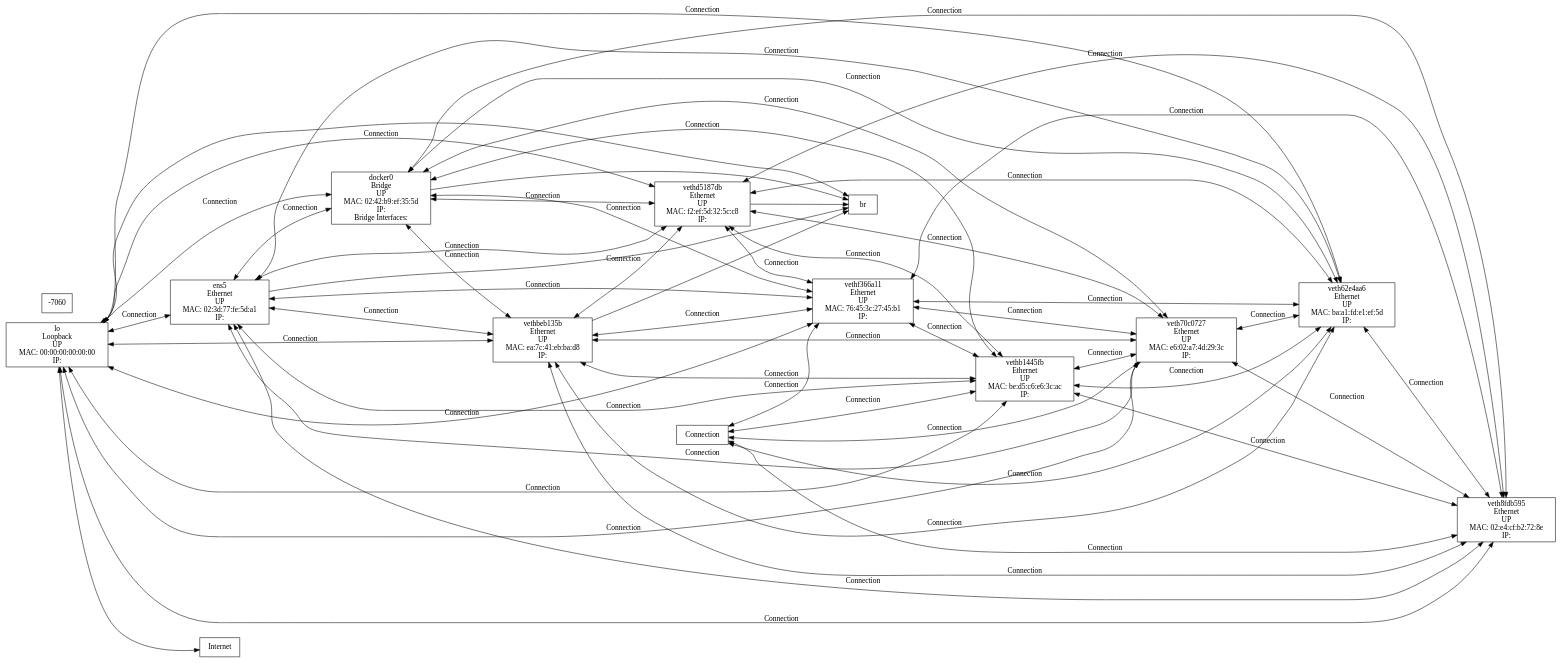
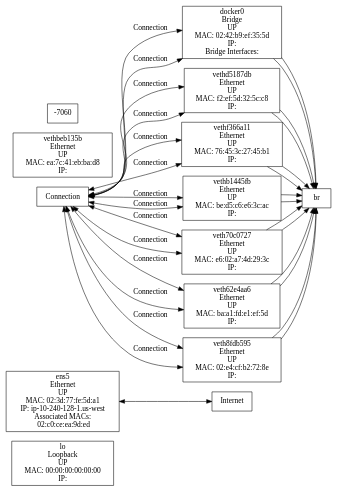
The diagram in network_topology.dot (ohhmm/_), drawn with Graphviz before and after one commit. The commit also changed 1 other file, not shown here.

```diff
--- a/network_topology.dot
+++ b/network_topology.dot
@@ -1,77 +1,50 @@
 digraph network_topology {
     rankdir=LR;
     node [shape=box];
 
     lo [label="lo\nLoopback\nUP\nMAC: 00:00:00:00:00:00\nIP: "];
-    ens5 [label="ens5\nEthernet\nUP\nMAC: 02:3d:77:fe:5d:a1\nIP: "];
+    ens5 [label="ens5\nEthernet\nUP\nMAC: 02:3d:77:fe:5d:a1\nIP: ip-10-240-128-1.us-west\nAssociated MACs:\n  02:c0:ce:ea:9d:ed"];
     docker0 [label="docker0\nBridge\nUP\nMAC: 02:42:b9:ef:35:5d\nIP: \nBridge Interfaces:"];
     vethbeb135b [label="vethbeb135b\nEthernet\nUP\nMAC: ea:7c:41:eb:ba:d8\nIP: "];
     vethd5187db [label="vethd5187db\nEthernet\nUP\nMAC: f2:ef:5d:32:5c:c8\nIP: "];
     br-7060b668b2aa [label="br-7060b668b2aa\nBridge\nUP\nMAC: 02:42:d0:16:f9:30\nIP: \nBridge Interfaces:\n  veth62e4aa6\n  veth70c0727\n  veth8fdb595\n  vethb1445fb\n  vethf366a11\n  docker0\n  vethd5187db"];
     vethf366a11 [label="vethf366a11\nEthernet\nUP\nMAC: 76:45:3c:27:45:b1\nIP: "];
     vethb1445fb [label="vethb1445fb\nEthernet\nUP\nMAC: be:d5:c6:e6:3c:ac\nIP: "];
     veth70c0727 [label="veth70c0727\nEthernet\nUP\nMAC: e6:02:a7:4d:29:3c\nIP: "];
     veth62e4aa6 [label="veth62e4aa6\nEthernet\nUP\nMAC: ba:a1:fd:e1:ef:5d\nIP: "];
     veth8fdb595 [label="veth8fdb595\nEthernet\nUP\nMAC: 02:e4:cf:b2:72:8e\nIP: "];
 
     // Connections
-    lo -> ens5 [dir=both, label="Connection"];
-    lo -> docker0 [dir=both, label="Connection"];
-    lo -> vethbeb135b [dir=both, label="Connection"];
-    lo -> vethd5187db [dir=both, label="Connection"];
-    lo -> br-7060b668b2aa [dir=both, label="Connection"];
-    lo -> vethf366a11 [dir=both, label="Connection"];
-    lo -> vethb1445fb [dir=both, label="Connection"];
-    lo -> veth70c0727 [dir=both, label="Connection"];
-    lo -> veth62e4aa6 [dir=both, label="Connection"];
-    lo -> veth8fdb595 [dir=both, label="Connection"];
-    ens5 -> docker0 [dir=both, label="Connection"];
-    ens5 -> vethbeb135b [dir=both, label="Connection"];
-    ens5 -> vethd5187db [dir=both, label="Connection"];
-    ens5 -> br-7060b668b2aa [dir=both, label="Connection"];
-    ens5 -> vethf366a11 [dir=both, label="Connection"];
-    ens5 -> vethb1445fb [dir=both, label="Connection"];
-    ens5 -> veth70c0727 [dir=both, label="Connection"];
-    ens5 -> veth62e4aa6 [dir=both, label="Connection"];
-    ens5 -> veth8fdb595 [dir=both, label="Connection"];
-    docker0 -> vethbeb135b [dir=both, label="Connection"];
-    docker0 -> vethd5187db [dir=both, label="Connection"];
     docker0 -> br-7060b668b2aa [dir=both, label="Connection"];
-    docker0 -> vethf366a11 [dir=both, label="Connection"];
-    docker0 -> vethb1445fb [dir=both, label="Connection"];
-    docker0 -> veth70c0727 [dir=both, label="Connection"];
-    docker0 -> veth62e4aa6 [dir=both, label="Connection"];
-    docker0 -> veth8fdb595 [dir=both, label="Connection"];
-    vethbeb135b -> vethd5187db [dir=both, label="Connection"];
-    vethbeb135b -> br-7060b668b2aa [dir=both, label="Connection"];
-    vethbeb135b -> vethf366a11 [dir=both, label="Connection"];
-    vethbeb135b -> vethb1445fb [dir=both, label="Connection"];
-    vethbeb135b -> veth70c0727 [dir=both, label="Connection"];
-    vethbeb135b -> veth62e4aa6 [dir=both, label="Connection"];
-    vethbeb135b -> veth8fdb595 [dir=both, label="Connection"];
+    docker0 -> br-7060b668b2aa [dir=both, label="Connection"];
     vethd5187db -> br-7060b668b2aa [dir=both, label="Connection"];
-    vethd5187db -> vethf366a11 [dir=both, label="Connection"];
-    vethd5187db -> vethb1445fb [dir=both, label="Connection"];
-    vethd5187db -> veth70c0727 [dir=both, label="Connection"];
-    vethd5187db -> veth62e4aa6 [dir=both, label="Connection"];
-    vethd5187db -> veth8fdb595 [dir=both, label="Connection"];
+    vethd5187db -> br-7060b668b2aa [dir=both, label="Connection"];
+    br-7060b668b2aa -> veth62e4aa6 [dir=both, label="Connection"];
+    br-7060b668b2aa -> veth70c0727 [dir=both, label="Connection"];
+    br-7060b668b2aa -> veth8fdb595 [dir=both, label="Connection"];
+    br-7060b668b2aa -> vethb1445fb [dir=both, label="Connection"];
     br-7060b668b2aa -> vethf366a11 [dir=both, label="Connection"];
+    br-7060b668b2aa -> docker0 [dir=both, label="Connection"];
+    br-7060b668b2aa -> vethd5187db [dir=both, label="Connection"];
+    br-7060b668b2aa -> veth62e4aa6 [dir=both, label="Connection"];
+    br-7060b668b2aa -> veth70c0727 [dir=both, label="Connection"];
+    br-7060b668b2aa -> veth8fdb595 [dir=both, label="Connection"];
     br-7060b668b2aa -> vethb1445fb [dir=both, label="Connection"];
-    br-7060b668b2aa -> veth70c0727 [dir=both, label="Connection"];
-    br-7060b668b2aa -> veth62e4aa6 [dir=both, label="Connection"];
-    br-7060b668b2aa -> veth8fdb595 [dir=both, label="Connection"];
-    vethf366a11 -> vethb1445fb [dir=both, label="Connection"];
-    vethf366a11 -> veth70c0727 [dir=both, label="Connection"];
-    vethf366a11 -> veth62e4aa6 [dir=both, label="Connection"];
-    vethf366a11 -> veth8fdb595 [dir=both, label="Connection"];
-    vethb1445fb -> veth70c0727 [dir=both, label="Connection"];
-    vethb1445fb -> veth62e4aa6 [dir=both, label="Connection"];
-    vethb1445fb -> veth8fdb595 [dir=both, label="Connection"];
-    veth70c0727 -> veth62e4aa6 [dir=both, label="Connection"];
-    veth70c0727 -> veth8fdb595 [dir=both, label="Connection"];
-    veth62e4aa6 -> veth8fdb595 [dir=both, label="Connection"];
+    br-7060b668b2aa -> vethf366a11 [dir=both, label="Connection"];
+    br-7060b668b2aa -> docker0 [dir=both, label="Connection"];
+    br-7060b668b2aa -> vethd5187db [dir=both, label="Connection"];
+    vethf366a11 -> br-7060b668b2aa [dir=both, label="Connection"];
+    vethf366a11 -> br-7060b668b2aa [dir=both, label="Connection"];
+    vethb1445fb -> br-7060b668b2aa [dir=both, label="Connection"];
+    vethb1445fb -> br-7060b668b2aa [dir=both, label="Connection"];
+    veth70c0727 -> br-7060b668b2aa [dir=both, label="Connection"];
+    veth70c0727 -> br-7060b668b2aa [dir=both, label="Connection"];
+    veth62e4aa6 -> br-7060b668b2aa [dir=both, label="Connection"];
+    veth62e4aa6 -> br-7060b668b2aa [dir=both, label="Connection"];
+    veth8fdb595 -> br-7060b668b2aa [dir=both, label="Connection"];
+    veth8fdb595 -> br-7060b668b2aa [dir=both, label="Connection"];
 
     // External network connection
     internet [shape=cloud, label="Internet"];
-    lo -> internet [dir=both];
+    ens5 -> internet [dir=both];
 }
```
